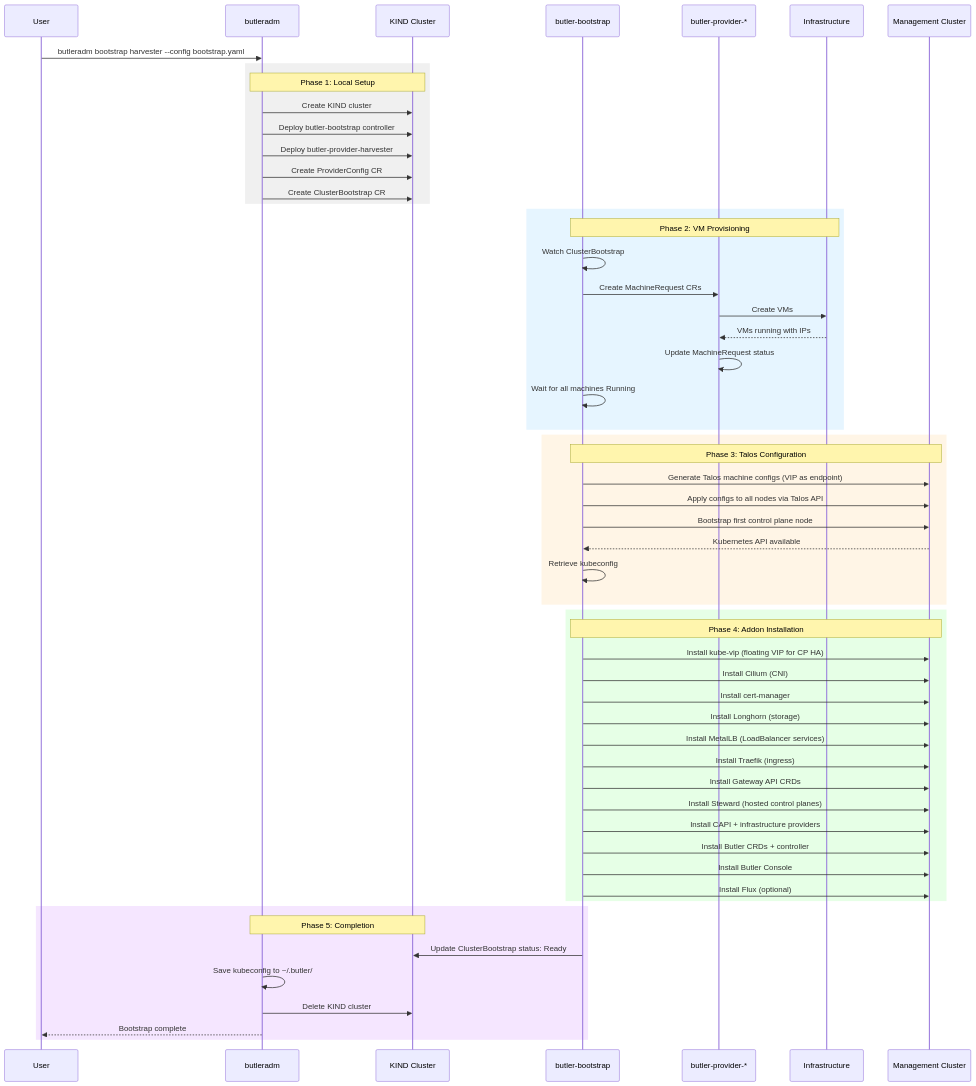
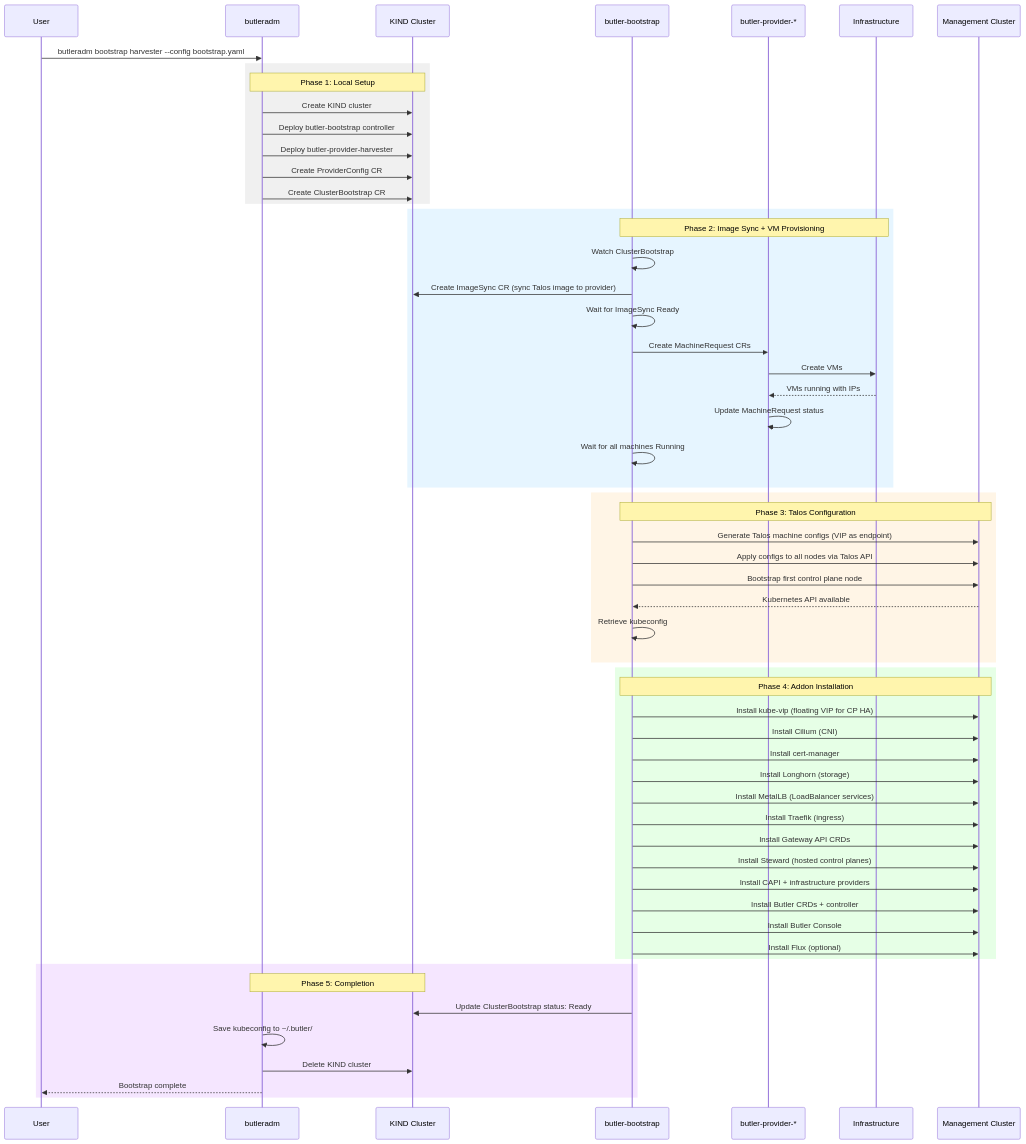
One commit to butlerdotdev/butler changed the first of 2 diagrams in docs/architecture/bootstrap-flow.md. Above: the diagram before and after it, drawn with Mermaid. The commit also changed other lines of this file, not shown here.

First line of the commit message:
docs: add ImageSync step to bootstrap flow

````diff
--- a/docs/architecture/bootstrap-flow.md
+++ b/docs/architecture/bootstrap-flow.md
@@ -39,64 +39,66 @@
 ```mermaid
 sequenceDiagram
     participant User
     participant CLI as butleradm
     participant KIND as KIND Cluster
     participant Bootstrap as butler-bootstrap
     participant Provider as butler-provider-*
     participant Infra as Infrastructure
     participant MC as Management Cluster
 
     User->>CLI: butleradm bootstrap harvester --config bootstrap.yaml
 
     rect rgb(240, 240, 240)
         Note over CLI,KIND: Phase 1: Local Setup
         CLI->>KIND: Create KIND cluster
         CLI->>KIND: Deploy butler-bootstrap controller
         CLI->>KIND: Deploy butler-provider-harvester
         CLI->>KIND: Create ProviderConfig CR
         CLI->>KIND: Create ClusterBootstrap CR
     end
 
     rect rgb(230, 245, 255)
-        Note over Bootstrap,Infra: Phase 2: VM Provisioning
+        Note over Bootstrap,Infra: Phase 2: Image Sync + VM Provisioning
         Bootstrap->>Bootstrap: Watch ClusterBootstrap
+        Bootstrap->>KIND: Create ImageSync CR (sync Talos image to provider)
+        Bootstrap->>Bootstrap: Wait for ImageSync Ready
         Bootstrap->>Provider: Create MachineRequest CRs
         Provider->>Infra: Create VMs
         Infra-->>Provider: VMs running with IPs
         Provider->>Provider: Update MachineRequest status
         Bootstrap->>Bootstrap: Wait for all machines Running
     end
 
     rect rgb(255, 245, 230)
         Note over Bootstrap,MC: Phase 3: Talos Configuration
         Bootstrap->>MC: Generate Talos machine configs (VIP as endpoint)
         Bootstrap->>MC: Apply configs to all nodes via Talos API
         Bootstrap->>MC: Bootstrap first control plane node
         MC-->>Bootstrap: Kubernetes API available
         Bootstrap->>Bootstrap: Retrieve kubeconfig
     end
 
     rect rgb(230, 255, 230)
         Note over Bootstrap,MC: Phase 4: Addon Installation
         Bootstrap->>MC: Install kube-vip (floating VIP for CP HA)
         Bootstrap->>MC: Install Cilium (CNI)
         Bootstrap->>MC: Install cert-manager
         Bootstrap->>MC: Install Longhorn (storage)
         Bootstrap->>MC: Install MetalLB (LoadBalancer services)
         Bootstrap->>MC: Install Traefik (ingress)
         Bootstrap->>MC: Install Gateway API CRDs
         Bootstrap->>MC: Install Steward (hosted control planes)
         Bootstrap->>MC: Install CAPI + infrastructure providers
         Bootstrap->>MC: Install Butler CRDs + controller
         Bootstrap->>MC: Install Butler Console
         Bootstrap->>MC: Install Flux (optional)
     end
 
     rect rgb(245, 230, 255)
         Note over CLI,KIND: Phase 5: Completion
         Bootstrap->>KIND: Update ClusterBootstrap status: Ready
         CLI->>CLI: Save kubeconfig to ~/.butler/
         CLI->>KIND: Delete KIND cluster
         CLI-->>User: Bootstrap complete
     end
 ```
````
